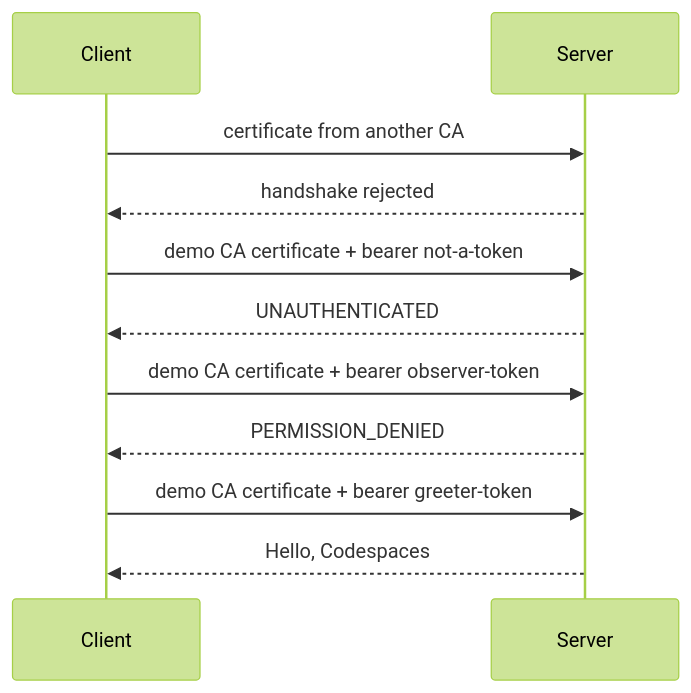
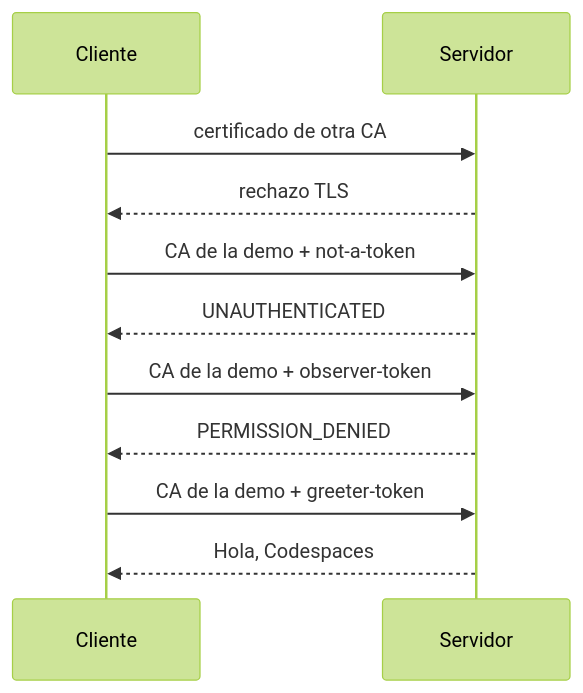
The first of 2 diagrams in README.md (IAAA-Lab/grpc-mtls-auth), drawn with Mermaid (forest theme) before and after one commit. The commit also changed other lines of this file and 5 other files, not shown here.

````diff
--- a/README.md
+++ b/README.md
@@ -29,17 +72,17 @@
 ```mermaid
 sequenceDiagram
-    participant Client
-    participant Server
+    participant Cliente
+    participant Servidor
 
-    Client->>Server: certificate from another CA
-    Server-->>Client: handshake rejected
+    Cliente->>Servidor: certificado de otra CA
+    Servidor-->>Cliente: rechazo TLS
 
-    Client->>Server: demo CA certificate + bearer not-a-token
-    Server-->>Client: UNAUTHENTICATED
+    Cliente->>Servidor: CA de la demo + not-a-token
+    Servidor-->>Cliente: UNAUTHENTICATED
 
-    Client->>Server: demo CA certificate + bearer observer-token
-    Server-->>Client: PERMISSION_DENIED
+    Cliente->>Servidor: CA de la demo + observer-token
+    Servidor-->>Cliente: PERMISSION_DENIED
 
-    Client->>Server: demo CA certificate + bearer greeter-token
-    Server-->>Client: Hello, Codespaces
+    Cliente->>Servidor: CA de la demo + greeter-token
+    Servidor-->>Cliente: Hola, Codespaces
 ```
````
